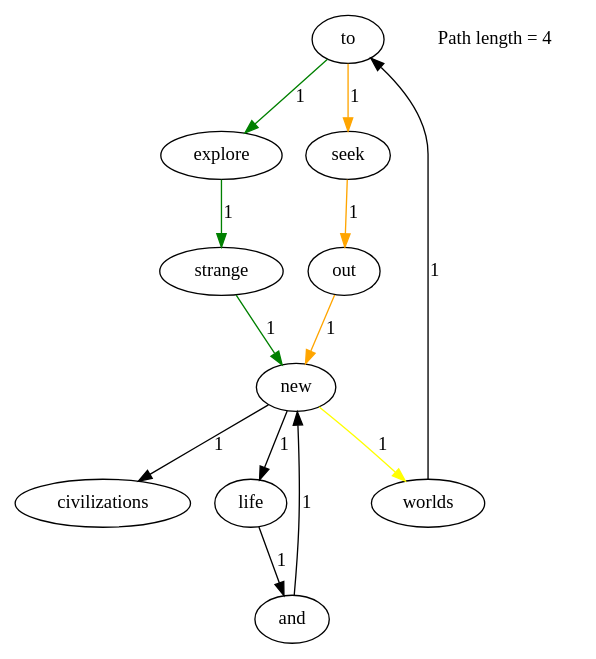
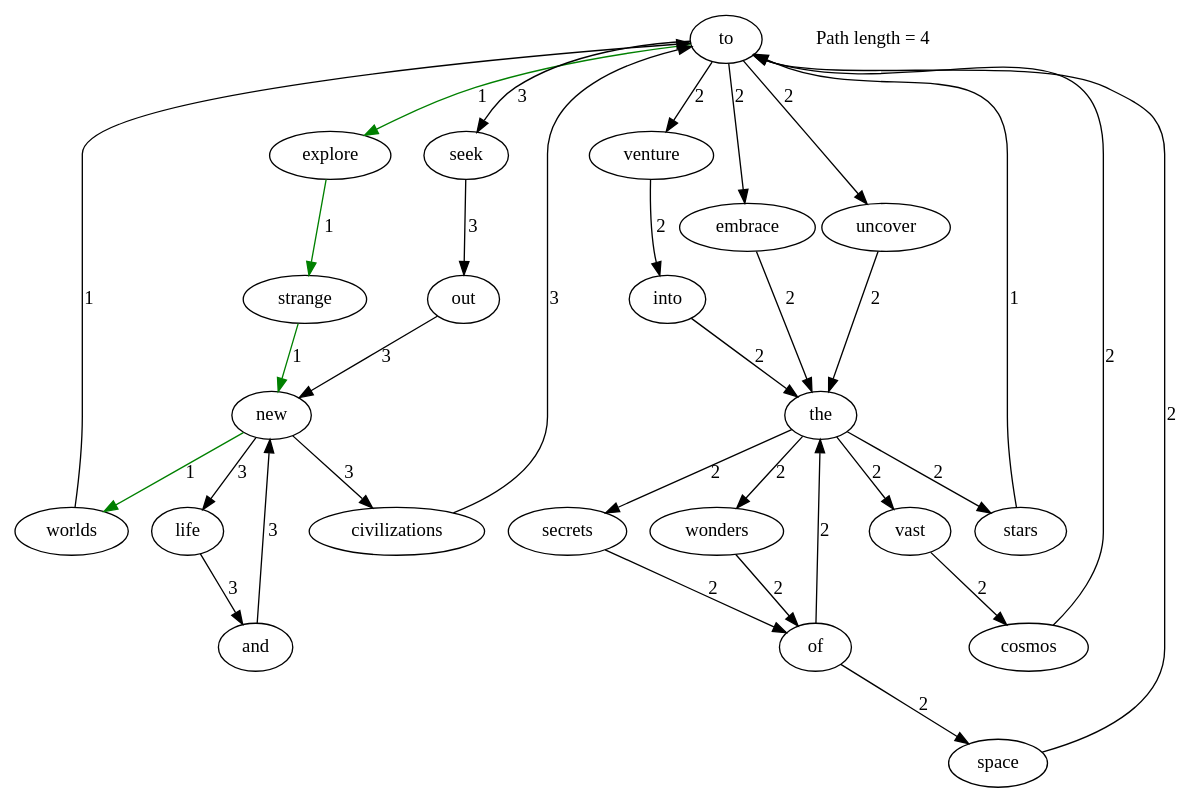
The diagram in out/text/shortest_path_to_to_worlds.dot (vic-yichen/Lab1-2021110640), drawn with Graphviz before and after one commit. The commit also changed 22 other files, not shown here.

```diff
--- a/out/text/shortest_path_to_to_worlds.dot
+++ b/out/text/shortest_path_to_to_worlds.dot
@@ -1,16 +1,36 @@
 digraph G {
     "to" [root=true];
-    "new" -> "worlds" [label="1", color="yellow"];
-    "new" -> "civilizations" [label="1"];
-    "new" -> "life" [label="1"];
+    "new" -> "worlds" [label="1", color="green"];
+    "new" -> "civilizations" [label="3"];
+    "new" -> "life" [label="3"];
     "worlds" -> "to" [label="1"];
     "explore" -> "strange" [label="1", color="green"];
-    "and" -> "new" [label="1"];
+    "embrace" -> "the" [label="2"];
+    "cosmos" -> "to" [label="2"];
+    "uncover" -> "the" [label="2"];
+    "stars" -> "to" [label="1"];
+    "seek" -> "out" [label="3"];
+    "secrets" -> "of" [label="2"];
+    "strange" -> "new" [label="1", color="green"];
+    "life" -> "and" [label="3"];
+    "venture" -> "into" [label="2"];
+    "space" -> "to" [label="2"];
+    "out" -> "new" [label="3"];
+    "the" -> "wonders" [label="2"];
+    "the" -> "vast" [label="2"];
+    "the" -> "stars" [label="2"];
+    "the" -> "secrets" [label="2"];
+    "into" -> "the" [label="2"];
+    "wonders" -> "of" [label="2"];
+    "and" -> "new" [label="3"];
+    "of" -> "the" [label="2"];
+    "of" -> "space" [label="2"];
     "to" -> "explore" [label="1", color="green"];
-    "to" -> "seek" [label="1", color="orange"];
-    "seek" -> "out" [label="1", color="orange"];
-    "strange" -> "new" [label="1", color="green"];
-    "life" -> "and" [label="1"];
-    "out" -> "new" [label="1", color="orange"];
+    "to" -> "embrace" [label="2"];
+    "to" -> "uncover" [label="2"];
+    "to" -> "seek" [label="3"];
+    "to" -> "venture" [label="2"];
+    "vast" -> "cosmos" [label="2"];
+    "civilizations" -> "to" [label="3"];
     "Path length = 4" [label="Path length = 4", color="black", shape=none];
 }
```
